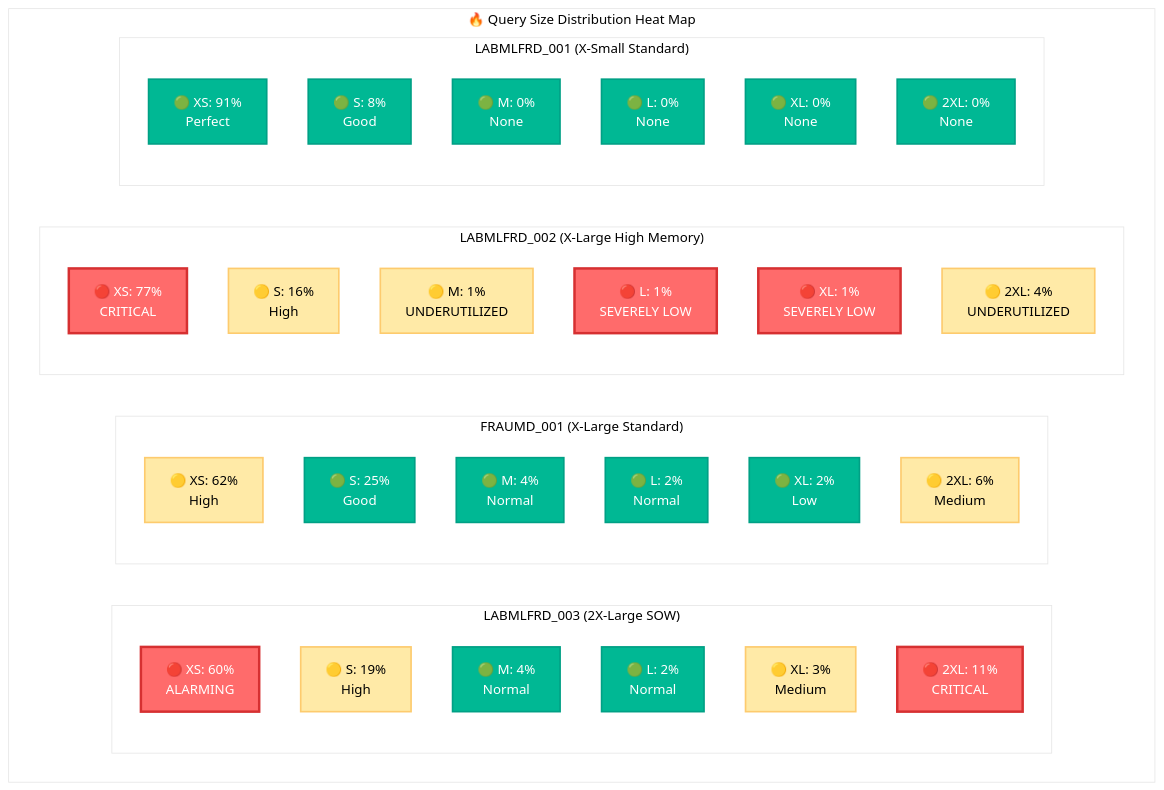
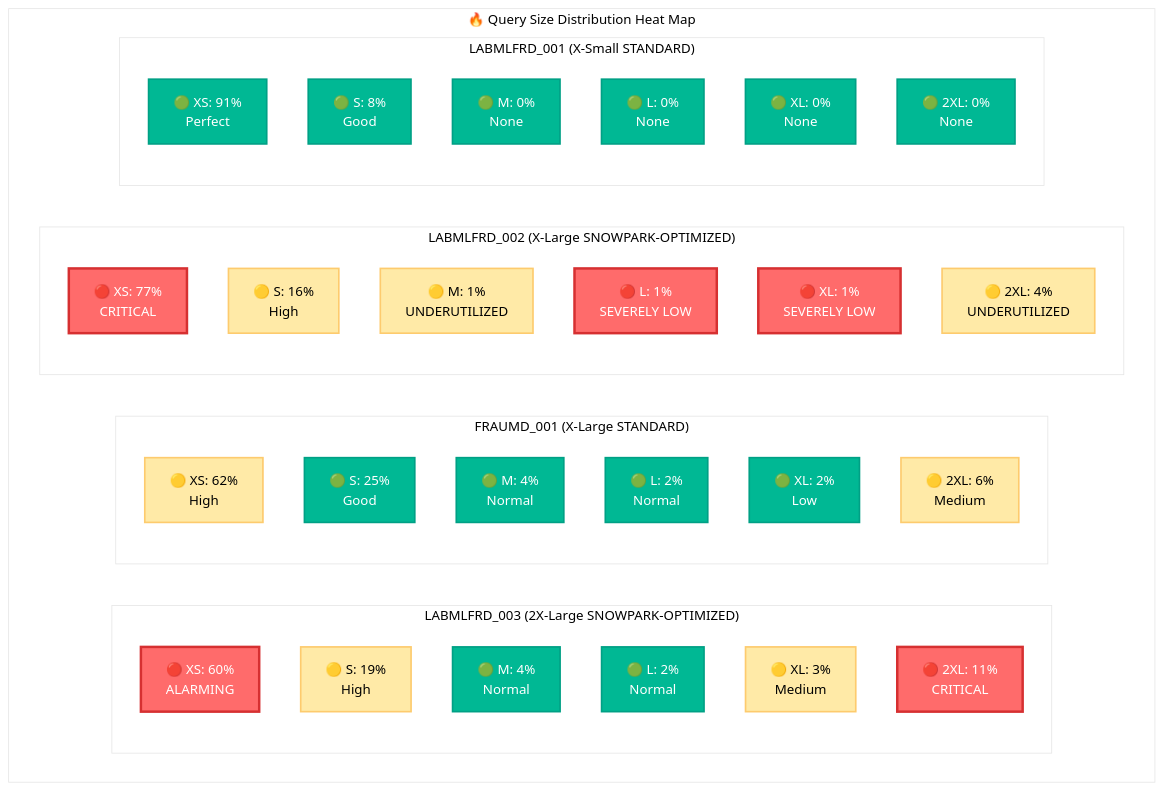
The first of 3 diagrams in WH Analysis/FRAUMD_Warehouse_Analysis_Guide.md (sfc-gh-mhindi/REPO_CBA), drawn with Mermaid before and after one commit. The commit also changed other lines of this file and 1 other file, not shown here.

First line of the commit message:
Restructured FRAUMD warehouse analysis guide and updated warehouse type configurations

````diff
--- a/WH Analysis/FRAUMD_Warehouse_Analysis_Guide.md
+++ b/WH Analysis/FRAUMD_Warehouse_Analysis_Guide.md
@@ -107,49 +104,49 @@
 ```mermaid
 %%{init: {'theme':'base', 'themeVariables': { 'primaryColor': '#ff6b6b', 'primaryTextColor': '#fff', 'primaryBorderColor': '#7C0000', 'lineColor': '#F8B229', 'secondaryColor': '#006100', 'tertiaryColor': '#fff'}}}%%
 flowchart TB
     subgraph "🔥 Query Size Distribution Heat Map"
-        subgraph "LABMLFRD_003 (2X-Large SOW)"
+        subgraph "LABMLFRD_003 (2X-Large SNOWPARK-OPTIMIZED)"
             L003_XS["🔴 XS: 60%<br/>ALARMING"]
             L003_S["🟡 S: 19%<br/>High"]
             L003_M["🟢 M: 4%<br/>Normal"]
             L003_L["🟢 L: 2%<br/>Normal"]
             L003_XL["🟡 XL: 3%<br/>Medium"]
             L003_2XL["🔴 2XL: 11%<br/>CRITICAL"]
         end
         
-        subgraph "FRAUMD_001 (X-Large Standard)"
+        subgraph "FRAUMD_001 (X-Large STANDARD)"
             F001_XS["🟡 XS: 62%<br/>High"]
             F001_S["🟢 S: 25%<br/>Good"]
             F001_M["🟢 M: 4%<br/>Normal"]
             F001_L["🟢 L: 2%<br/>Normal"]
             F001_XL["🟢 XL: 2%<br/>Low"]
             F001_2XL["🟡 2XL: 6%<br/>Medium"]
         end
         
-        subgraph "LABMLFRD_002 (X-Large High Memory)"
+        subgraph "LABMLFRD_002 (X-Large SNOWPARK-OPTIMIZED)"
             L002_XS["🔴 XS: 77%<br/>CRITICAL"]
             L002_S["🟡 S: 16%<br/>High"]
             L002_M["🟡 M: 1%<br/>UNDERUTILIZED"]
             L002_L["🔴 L: 1%<br/>SEVERELY LOW"]
             L002_XL["🔴 XL: 1%<br/>SEVERELY LOW"]
             L002_2XL["🟡 2XL: 4%<br/>UNDERUTILIZED"]
         end
         
-        subgraph "LABMLFRD_001 (X-Small Standard)"
+        subgraph "LABMLFRD_001 (X-Small STANDARD)"
             L001_XS["🟢 XS: 91%<br/>Perfect"]
             L001_S["🟢 S: 8%<br/>Good"]
             L001_M["🟢 M: 0%<br/>None"]
             L001_L["🟢 L: 0%<br/>None"]
             L001_XL["🟢 XL: 0%<br/>None"]
             L001_2XL["🟢 2XL: 0%<br/>None"]
         end
     end
     
     classDef critical fill:#ff6b6b,stroke:#d63031,stroke-width:3px,color:#fff
     classDef warning fill:#ffeaa7,stroke:#fdcb6e,stroke-width:2px,color:#000
     classDef good fill:#00b894,stroke:#00a085,stroke-width:2px,color:#fff
     
     class L003_XS,L003_2XL,L002_XS,L002_L,L002_XL critical
     class L003_S,L003_XL,F001_XS,F001_2XL,L002_S,L002_M,L002_2XL warning
     class L003_M,L003_L,F001_S,F001_M,F001_L,F001_XL,L001_XS,L001_S,L001_M,L001_L,L001_XL,L001_2XL good
 ```
````
